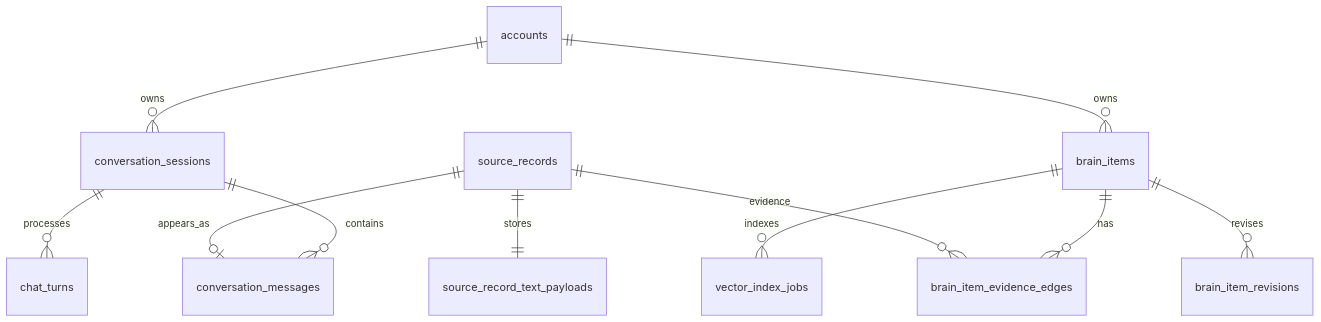
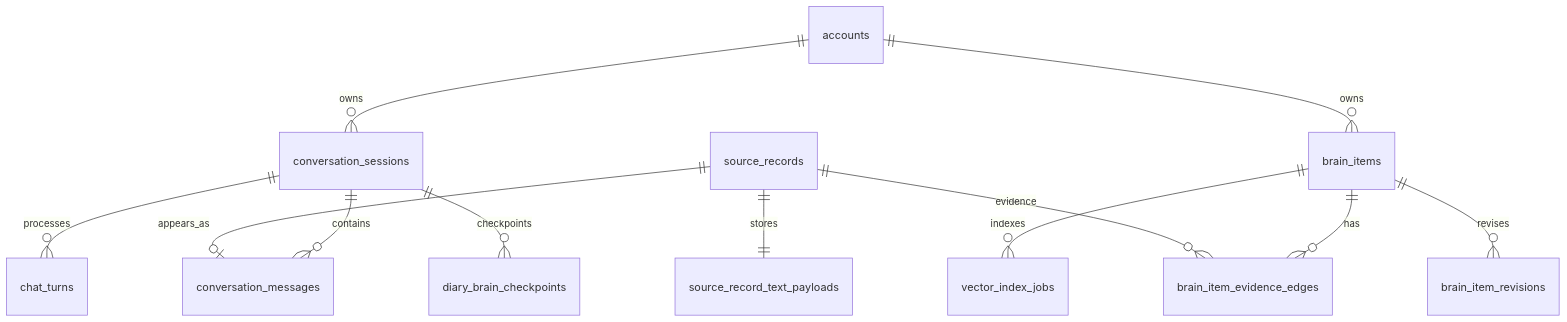
One commit to kkyosuke/me-builder changed the third of 7 diagrams in docs/architecture/diary-chat-implementation-design.md. Above: the diagram before and after it, drawn with Mermaid. The commit also changed other lines of this file and 29 other files, not shown here.

Commit message:
feat(brain): generate diary items from checkpoints

````diff
--- a/docs/architecture/diary-chat-implementation-design.md
+++ b/docs/architecture/diary-chat-implementation-design.md
@@ -141,13 +141,14 @@
 ```mermaid
 erDiagram
     accounts ||--o{ conversation_sessions : owns
     conversation_sessions ||--o{ conversation_messages : contains
     conversation_sessions ||--o{ chat_turns : processes
+    conversation_sessions ||--o{ diary_brain_checkpoints : checkpoints
     source_records ||--|| source_record_text_payloads : stores
     source_records ||--o| conversation_messages : appears_as
     accounts ||--o{ brain_items : owns
     brain_items ||--o{ vector_index_jobs : indexes
     brain_items ||--o{ brain_item_evidence_edges : has
     source_records ||--o{ brain_item_evidence_edges : evidence
     brain_items ||--o{ brain_item_revisions : revises
 ```
````
